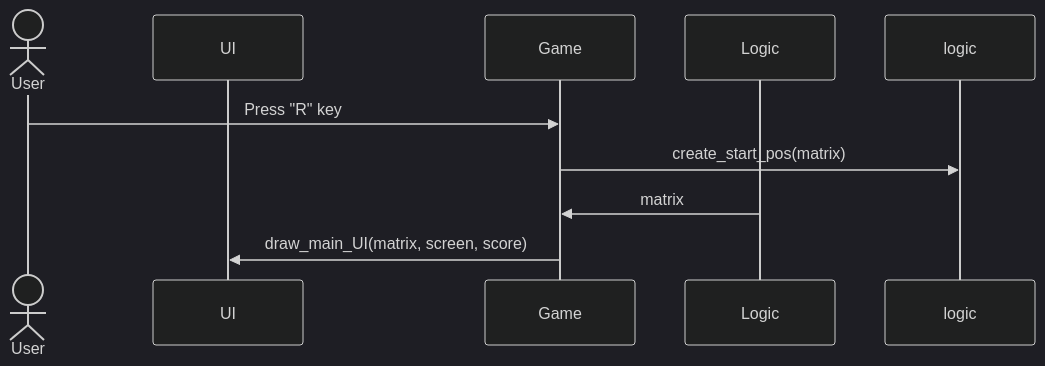
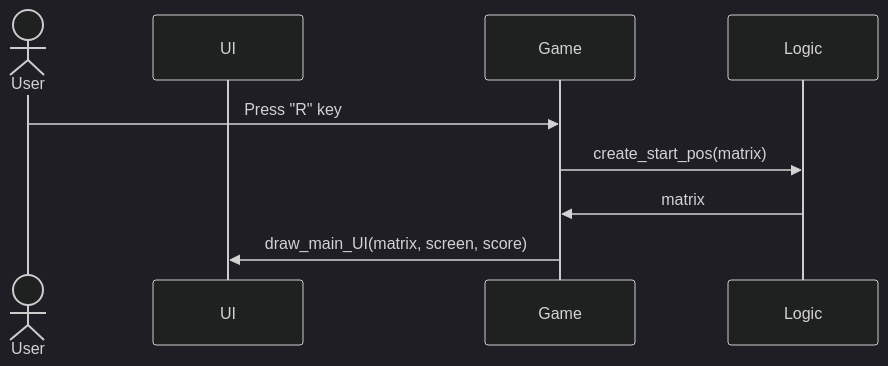
Before and after one commit to Jusq17/ot-harjoitustyo: the fourth of 5 diagrams in Dokumentaatio/arkkitehtuuri.md, drawn with Mermaid (dark theme). The commit also changed other lines of this file, not shown here.

````diff
--- a/Dokumentaatio/arkkitehtuuri.md
+++ b/Dokumentaatio/arkkitehtuuri.md
@@ -138,12 +138,12 @@
 ```mermaid
 sequenceDiagram
   actor User
   participant UI
   participant Game
   participant Logic
   User->>Game: Press "R" key
-  Game->>logic: create_start_pos(matrix)
+  Game->>Logic: create_start_pos(matrix)
   Logic->>Game: matrix
   Game->>UI: draw_main_UI(matrix, screen, score)
   
 ```
````
